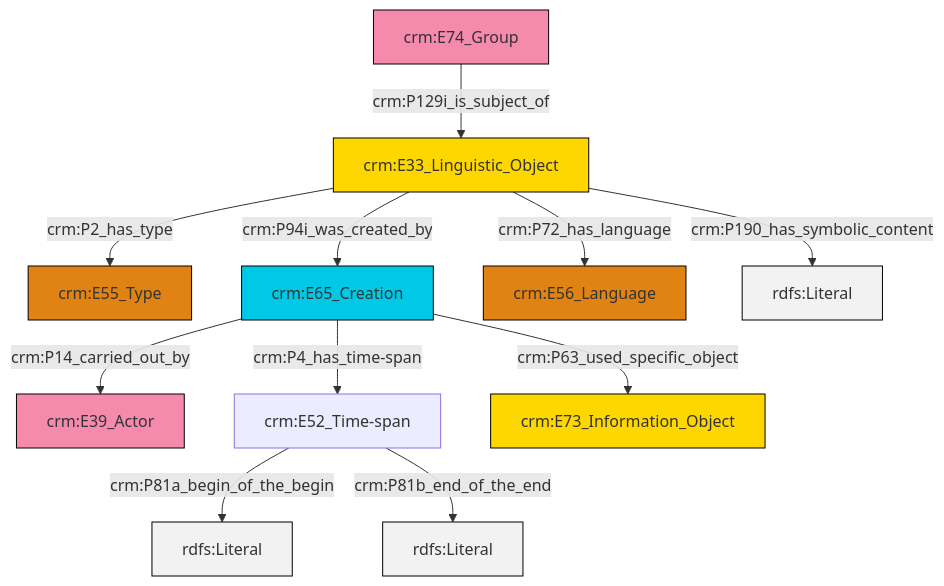
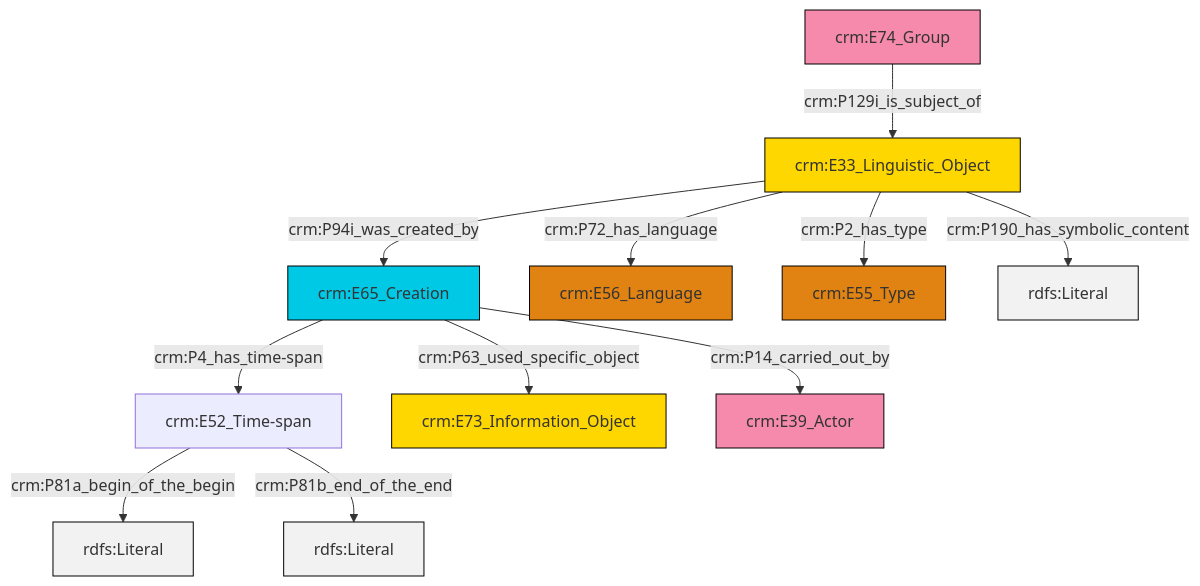
The diagram in et/groupCSV/ttl/mmd/group_description.ttl.mmd (swiss-art-research-net/reference-data-models), drawn with Mermaid before and after one commit. The commit also changed 129 other files, not shown here.

```diff
--- a/et/groupCSV/ttl/mmd/group_description.ttl.mmd
+++ b/et/groupCSV/ttl/mmd/group_description.ttl.mmd
@@ -1,25 +1,25 @@
 graph TD
 classDef Literal fill:#f2f2f2,stroke:#000000;
 classDef CRM_Entity fill:#FFFFFF,stroke:#000000;
 classDef Temporal_Entity fill:#00C9E6, stroke:#000000;
 classDef Type fill:#E18312, stroke:#000000;
 classDef Time-Span fill:#2C9C91, stroke:#000000;
 classDef Appellation fill:#FFEB7F, stroke:#000000;
 classDef Place fill:#008836, stroke:#000000;
 classDef Persistent_Item fill:#B266B2, stroke:#000000;
 classDef Conceptual_Object fill:#FFD700, stroke:#000000;
 classDef Physical_Thing fill:#D2B48C, stroke:#000000;
 classDef Actor fill:#f58aad, stroke:#000000;
 classDef PC_Classes fill:#4ce600, stroke:#000000;
 classDef Multi fill:#cccccc,stroke:#000000;
 
-2["crm:E65_Creation"]:::Temporal_Entity -->|crm:P14_carried_out_by| 3["crm:E39_Actor"]:::Actor
-7["crm:E33_Linguistic_Object"]:::Conceptual_Object -->|crm:P72_has_language| 9["crm:E56_Language"]:::Type
-7["crm:E33_Linguistic_Object"]:::Conceptual_Object -->|crm:P94i_was_created_by| 2["crm:E65_Creation"]:::Temporal_Entity
-10["crm:E52_Time-span"]:::Default -->|crm:P81a_begin_of_the_begin| 11[rdfs:Literal]:::Literal
-5["crm:E74_Group"]:::Actor -->|crm:P129i_is_subject_of| 7["crm:E33_Linguistic_Object"]:::Conceptual_Object
-7["crm:E33_Linguistic_Object"]:::Conceptual_Object -->|crm:P2_has_type| 0["crm:E55_Type"]:::Type
-7["crm:E33_Linguistic_Object"]:::Conceptual_Object -->|crm:P190_has_symbolic_content| 13[rdfs:Literal]:::Literal
-2["crm:E65_Creation"]:::Temporal_Entity -->|crm:P63_used_specific_object| 14["crm:E73_Information_Object"]:::Conceptual_Object
-2["crm:E65_Creation"]:::Temporal_Entity -->|crm:P4_has_time-span| 10["crm:E52_Time-span"]:::Default
-10["crm:E52_Time-span"]:::Default -->|crm:P81b_end_of_the_end| 18[rdfs:Literal]:::Literal
+0["crm:E33_Linguistic_Object"]:::Conceptual_Object -->|crm:P94i_was_created_by| 1["crm:E65_Creation"]:::Temporal_Entity
+0["crm:E33_Linguistic_Object"]:::Conceptual_Object -->|crm:P72_has_language| 2["crm:E56_Language"]:::Type
+3["crm:E52_Time-span"]:::Default -->|crm:P81a_begin_of_the_begin| 4[rdfs:Literal]:::Literal
+1["crm:E65_Creation"]:::Temporal_Entity -->|crm:P63_used_specific_object| 5["crm:E73_Information_Object"]:::Conceptual_Object
+3["crm:E52_Time-span"]:::Default -->|crm:P81b_end_of_the_end| 10[rdfs:Literal]:::Literal
+1["crm:E65_Creation"]:::Temporal_Entity -->|crm:P4_has_time-span| 3["crm:E52_Time-span"]:::Default
+1["crm:E65_Creation"]:::Temporal_Entity -->|crm:P14_carried_out_by| 15["crm:E39_Actor"]:::Actor
+0["crm:E33_Linguistic_Object"]:::Conceptual_Object -->|crm:P190_has_symbolic_content| 16[rdfs:Literal]:::Literal
+11["crm:E74_Group"]:::Actor -->|crm:P129i_is_subject_of| 0["crm:E33_Linguistic_Object"]:::Conceptual_Object
+0["crm:E33_Linguistic_Object"]:::Conceptual_Object -->|crm:P2_has_type| 7["crm:E55_Type"]:::Type
```
